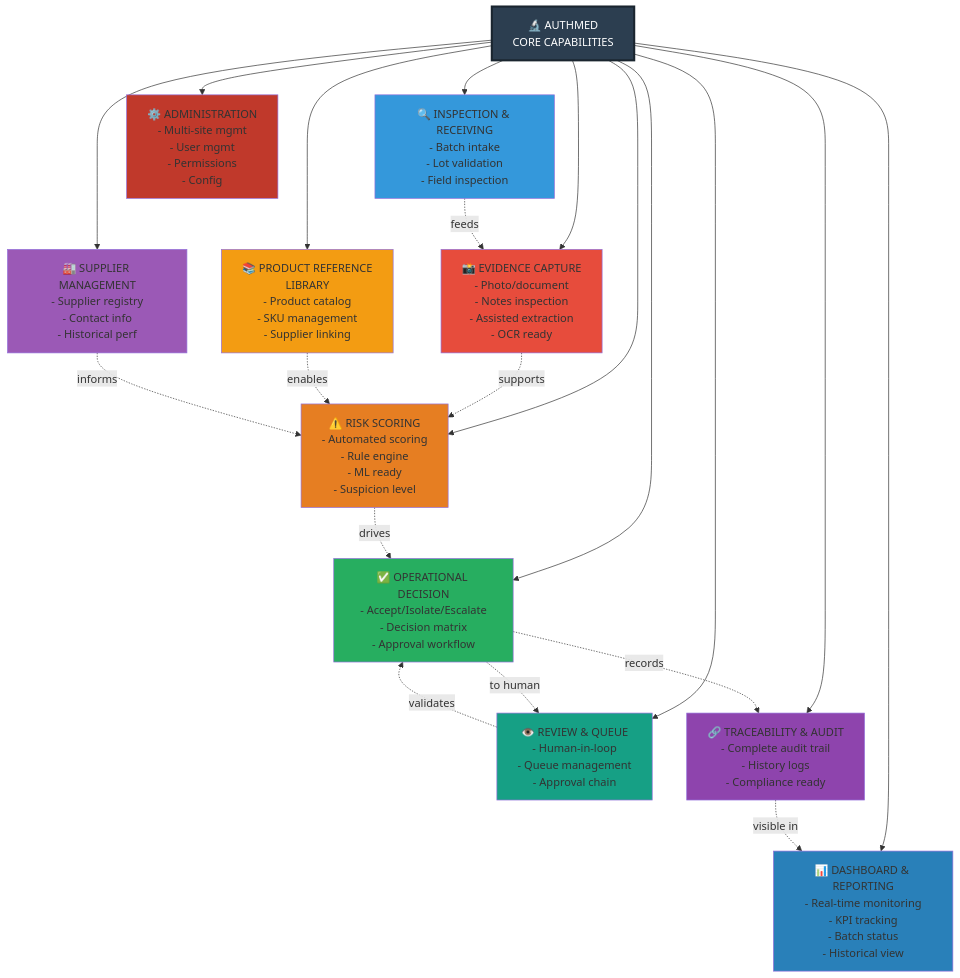
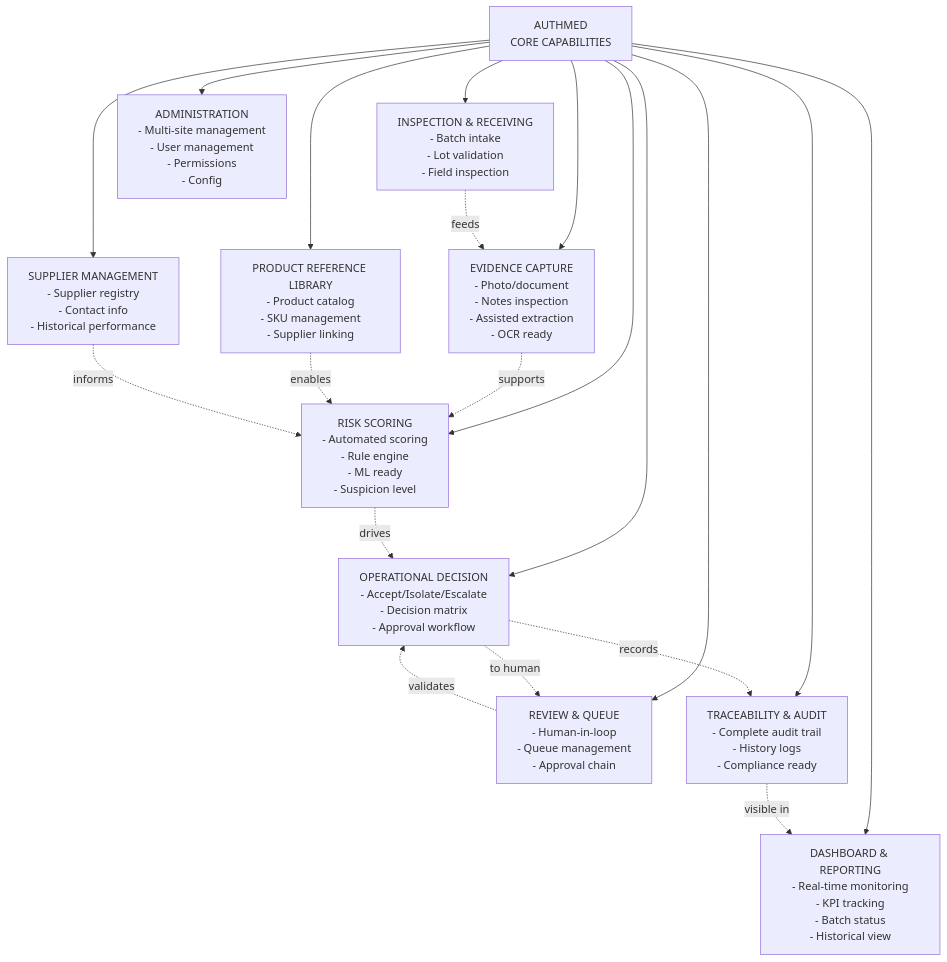
One commit to AbraImani/Authmed_Backend_intern changed the diagram in docs/product/business-capability-map.md. Above: the diagram before and after it, drawn with Mermaid. The commit also changed other lines of this file and 27 other files, not shown here.

Commit message:
docs: remove emojis, translate to English, standardize diagrams and remove color styles

````diff
--- a/docs/product/business-capability-map.md
+++ b/docs/product/business-capability-map.md
@@ -9,57 +9,47 @@
 ```mermaid
 graph TB
-    AuthMed["🔬 AUTHMED<br/>CORE CAPABILITIES"]
-    
-    Inspection["🔍 INSPECTION & RECEIVING<br/>- Batch intake<br/>- Lot validation<br/>- Field inspection"]
-    
-    Evidence["📸 EVIDENCE CAPTURE<br/>- Photo/document<br/>- Notes inspection<br/>- Assisted extraction<br/>- OCR ready"]
-    
-    ProductLib["📚 PRODUCT REFERENCE<br/>LIBRARY<br/>- Product catalog<br/>- SKU management<br/>- Supplier linking"]
-    
-    SupplierMgmt["🏭 SUPPLIER MANAGEMENT<br/>- Supplier registry<br/>- Contact info<br/>- Historical perf"]
-    
-    RiskScoring["⚠️ RISK SCORING<br/>- Automated scoring<br/>- Rule engine<br/>- ML ready<br/>- Suspicion level"]
-    
-    Decision["✅ OPERATIONAL DECISION<br/>- Accept/Isolate/Escalate<br/>- Decision matrix<br/>- Approval workflow"]
-    
-    ReviewQueue["👁️ REVIEW & QUEUE<br/>- Human-in-loop<br/>- Queue management<br/>- Approval chain"]
-    
-    Traceability["🔗 TRACEABILITY & AUDIT<br/>- Complete audit trail<br/>- History logs<br/>- Compliance ready"]
-    
-    Dashboard["📊 DASHBOARD & REPORTING<br/>- Real-time monitoring<br/>- KPI tracking<br/>- Batch status<br/>- Historical view"]
-    
-    Admin["⚙️ ADMINISTRATION<br/>- Multi-site mgmt<br/>- User mgmt<br/>- Permissions<br/>- Config"]
+    AuthMed["AUTHMED<br/>CORE CAPABILITIES"]
+
+    Inspection["INSPECTION & RECEIVING<br/>- Batch intake<br/>- Lot validation<br/>- Field inspection"]
+
+    Evidence["EVIDENCE CAPTURE<br/>- Photo/document<br/>- Notes inspection<br/>- Assisted extraction<br/>- OCR ready"]
+
+    ProductLib["PRODUCT REFERENCE LIBRARY<br/>- Product catalog<br/>- SKU management<br/>- Supplier linking"]
+
+    SupplierMgmt["SUPPLIER MANAGEMENT<br/>- Supplier registry<br/>- Contact info<br/>- Historical performance"]
+
+    RiskScoring["RISK SCORING<br/>- Automated scoring<br/>- Rule engine<br/>- ML ready<br/>- Suspicion level"]
+
+    Decision["OPERATIONAL DECISION<br/>- Accept/Isolate/Escalate<br/>- Decision matrix<br/>- Approval workflow"]
+
+    ReviewQueue["REVIEW & QUEUE<br/>- Human-in-loop<br/>- Queue management<br/>- Approval chain"]
+
+    Traceability["TRACEABILITY & AUDIT<br/>- Complete audit trail<br/>- History logs<br/>- Compliance ready"]
+
+    Dashboard["DASHBOARD & REPORTING<br/>- Real-time monitoring<br/>- KPI tracking<br/>- Batch status<br/>- Historical view"]
+
+    Admin["ADMINISTRATION<br/>- Multi-site management<br/>- User management<br/>- Permissions<br/>- Config"]
     
     AuthMed --> Inspection
     AuthMed --> Evidence
     AuthMed --> ProductLib
     AuthMed --> SupplierMgmt
     AuthMed --> RiskScoring
     AuthMed --> Decision
     AuthMed --> ReviewQueue
     AuthMed --> Traceability
     AuthMed --> Dashboard
     AuthMed --> Admin
     
     Inspection -.->|feeds| Evidence
     Evidence -.->|supports| RiskScoring
     ProductLib -.->|enables| RiskScoring
     SupplierMgmt -.->|informs| RiskScoring
     RiskScoring -.->|drives| Decision
     Decision -.->|to human| ReviewQueue
     ReviewQueue -.->|validates| Decision
     Decision -.->|records| Traceability
     Traceability -.->|visible in| Dashboard
     
-    style AuthMed fill:#2c3e50,stroke:#1a252f,color:#fff,stroke-width:3px
-    style Inspection fill:#3498db
-    style Evidence fill:#e74c3c
-    style ProductLib fill:#f39c12
-    style SupplierMgmt fill:#9b59b6
-    style RiskScoring fill:#e67e22
-    style Decision fill:#27ae60
-    style ReviewQueue fill:#16a085
-    style Traceability fill:#8e44ad
-    style Dashboard fill:#2980b9
-    style Admin fill:#c0392b
+    %% Diagram styles removed for consistency and accessibility
 ```
````
